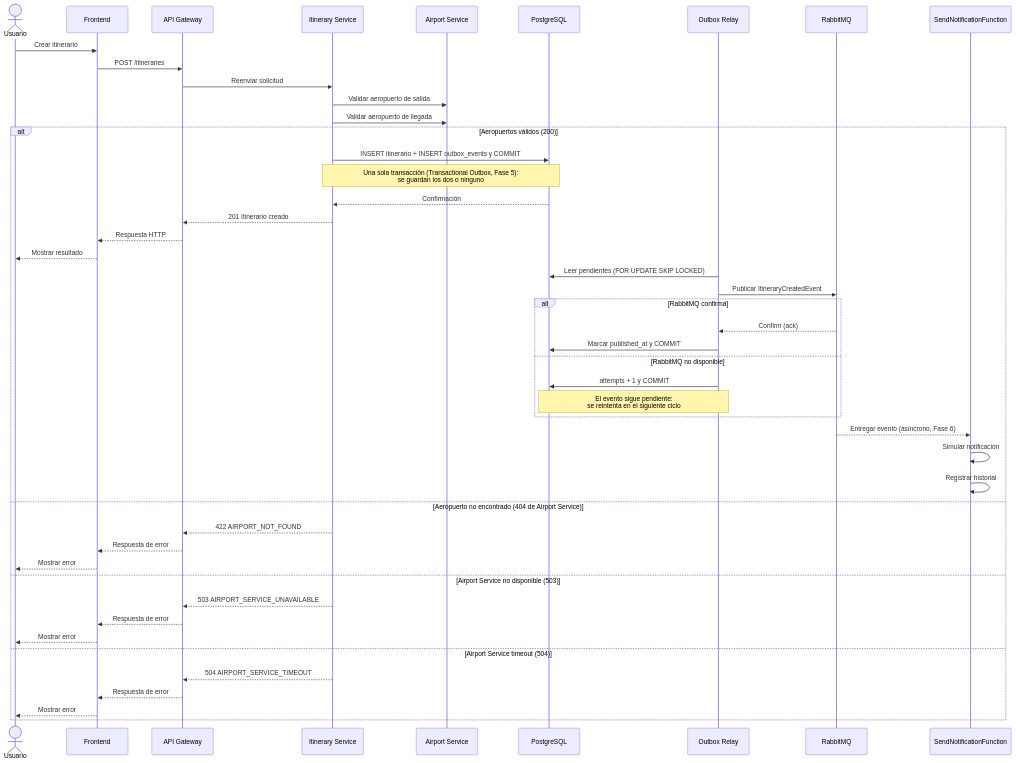
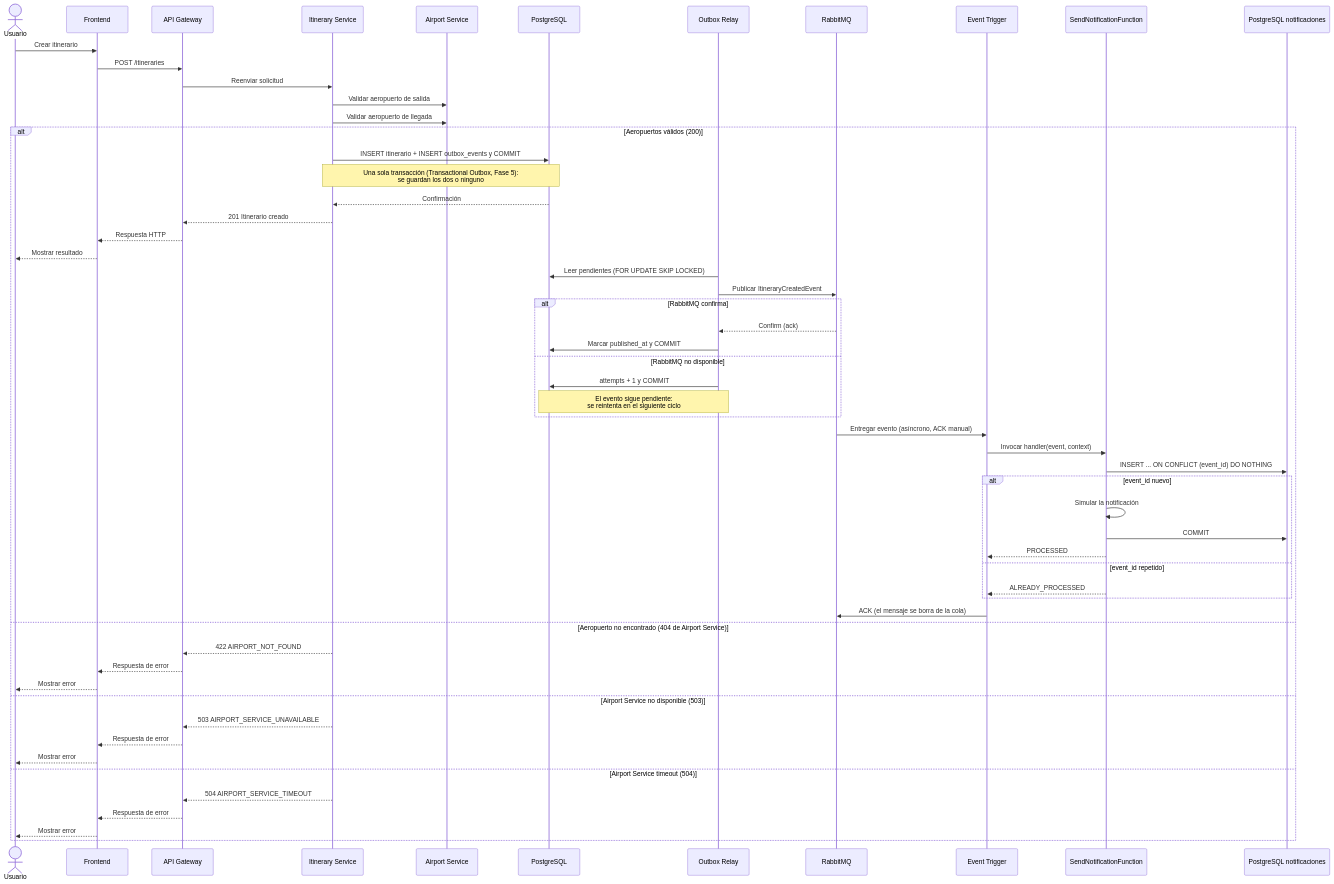
One commit to JUANGR12192004/sistema-itinerarios-personales changed the third of 6 diagrams in docs/05-diagramas.md. Above: the diagram before and after it, drawn with Mermaid. The commit also changed other lines of this file and 11 other files, not shown here.

Commit message:
docs: documenta la Fase 6 (FaaS, Event Trigger, DLQ, orden de arranque y demostración de punta a punta)

````diff
--- a/docs/05-diagramas.md
+++ b/docs/05-diagramas.md
@@ -104,54 +142,64 @@
 ```mermaid
 sequenceDiagram
     actor Usuario
     participant FE as Frontend
     participant GW as API Gateway
     participant IS as Itinerary Service
     participant AS as Airport Service
     participant DB as PostgreSQL
     participant R as Outbox Relay
     participant MQ as RabbitMQ
+    participant TR as Event Trigger
     participant NF as SendNotificationFunction
+    participant NH as PostgreSQL notificaciones
 
     Usuario->>FE: Crear itinerario
     FE->>GW: POST /itineraries
     GW->>IS: Reenviar solicitud
 
     IS->>AS: Validar aeropuerto de salida
     IS->>AS: Validar aeropuerto de llegada
 
     alt Aeropuertos válidos (200)
         IS->>DB: INSERT itinerario + INSERT outbox_events y COMMIT
         Note over IS,DB: Una sola transacción (Transactional Outbox, Fase 5):<br/>se guardan los dos o ninguno
         DB-->>IS: Confirmación
         IS-->>GW: 201 Itinerario creado
         GW-->>FE: Respuesta HTTP
         FE-->>Usuario: Mostrar resultado
 
         R->>DB: Leer pendientes (FOR UPDATE SKIP LOCKED)
         R->>MQ: Publicar ItineraryCreatedEvent
         alt RabbitMQ confirma
             MQ-->>R: Confirm (ack)
             R->>DB: Marcar published_at y COMMIT
         else RabbitMQ no disponible
             R->>DB: attempts + 1 y COMMIT
             Note over R,DB: El evento sigue pendiente:<br/>se reintenta en el siguiente ciclo
         end
 
-        MQ-->>NF: Entregar evento (asíncrono, Fase 6)
-        NF->>NF: Simular notificación
-        NF->>NF: Registrar historial
+        MQ->>TR: Entregar evento (asíncrono, ACK manual)
+        TR->>NF: Invocar handler(event, context)
+        NF->>NH: INSERT ... ON CONFLICT (event_id) DO NOTHING
+        alt event_id nuevo
+            NF->>NF: Simular la notificación
+            NF->>NH: COMMIT
+            NF-->>TR: PROCESSED
+        else event_id repetido
+            NF-->>TR: ALREADY_PROCESSED
+        end
+        TR->>MQ: ACK (el mensaje se borra de la cola)
     else Aeropuerto no encontrado (404 de Airport Service)
         IS-->>GW: 422 AIRPORT_NOT_FOUND
         GW-->>FE: Respuesta de error
         FE-->>Usuario: Mostrar error
     else Airport Service no disponible (503)
         IS-->>GW: 503 AIRPORT_SERVICE_UNAVAILABLE
         GW-->>FE: Respuesta de error
         FE-->>Usuario: Mostrar error
     else Airport Service timeout (504)
         IS-->>GW: 504 AIRPORT_SERVICE_TIMEOUT
         GW-->>FE: Respuesta de error
         FE-->>Usuario: Mostrar error
     end
 ```
````
